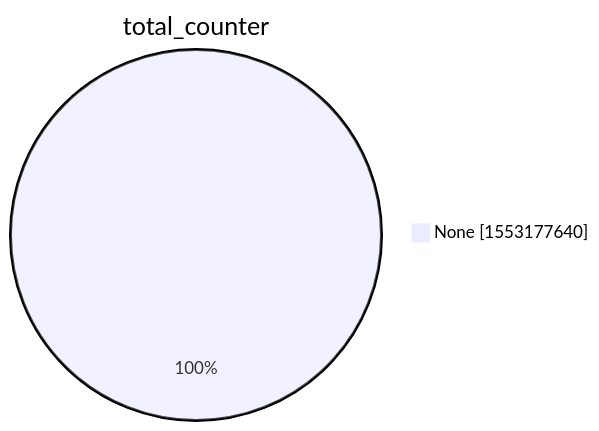
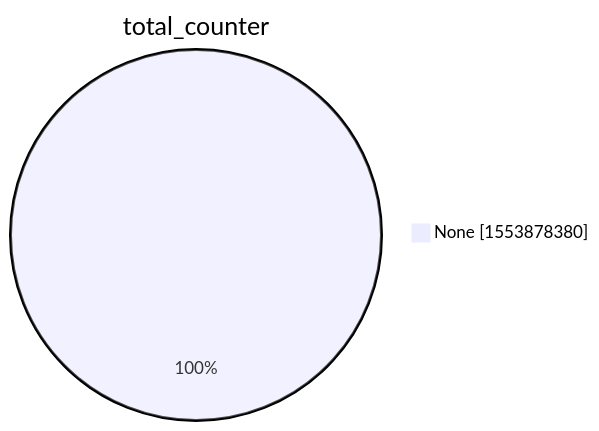
The second of 15 diagrams in xenon2022/README.md (christiankrug/ctmonitor_visualization), drawn with Mermaid before and after one commit. The commit also changed other lines of this file, not shown here.

````diff
--- a/xenon2022/README.md
+++ b/xenon2022/README.md
@@ -9,5 +9,5 @@
 ```mermaid
 pie showData
 title total_counter
-"None" :1553177640
+"None" :1553878380
 ```
````
